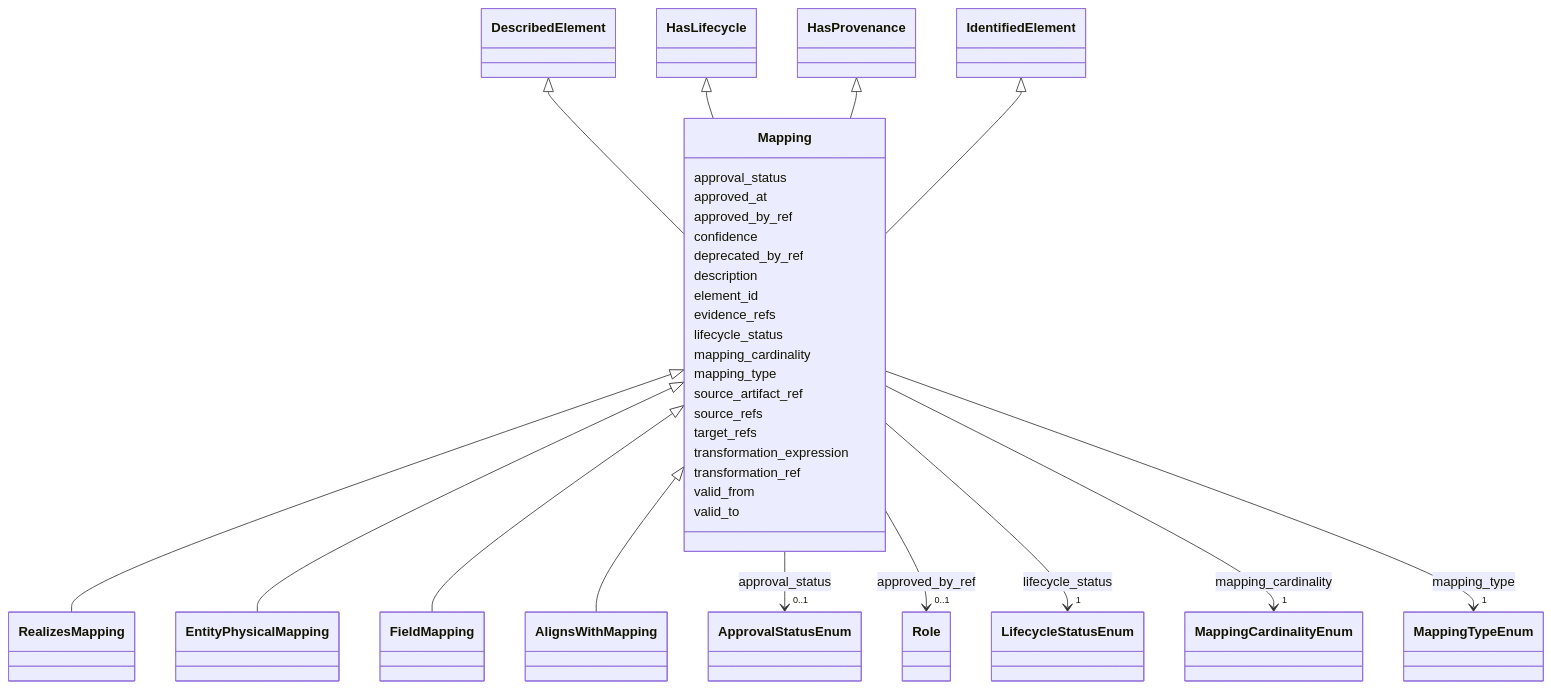
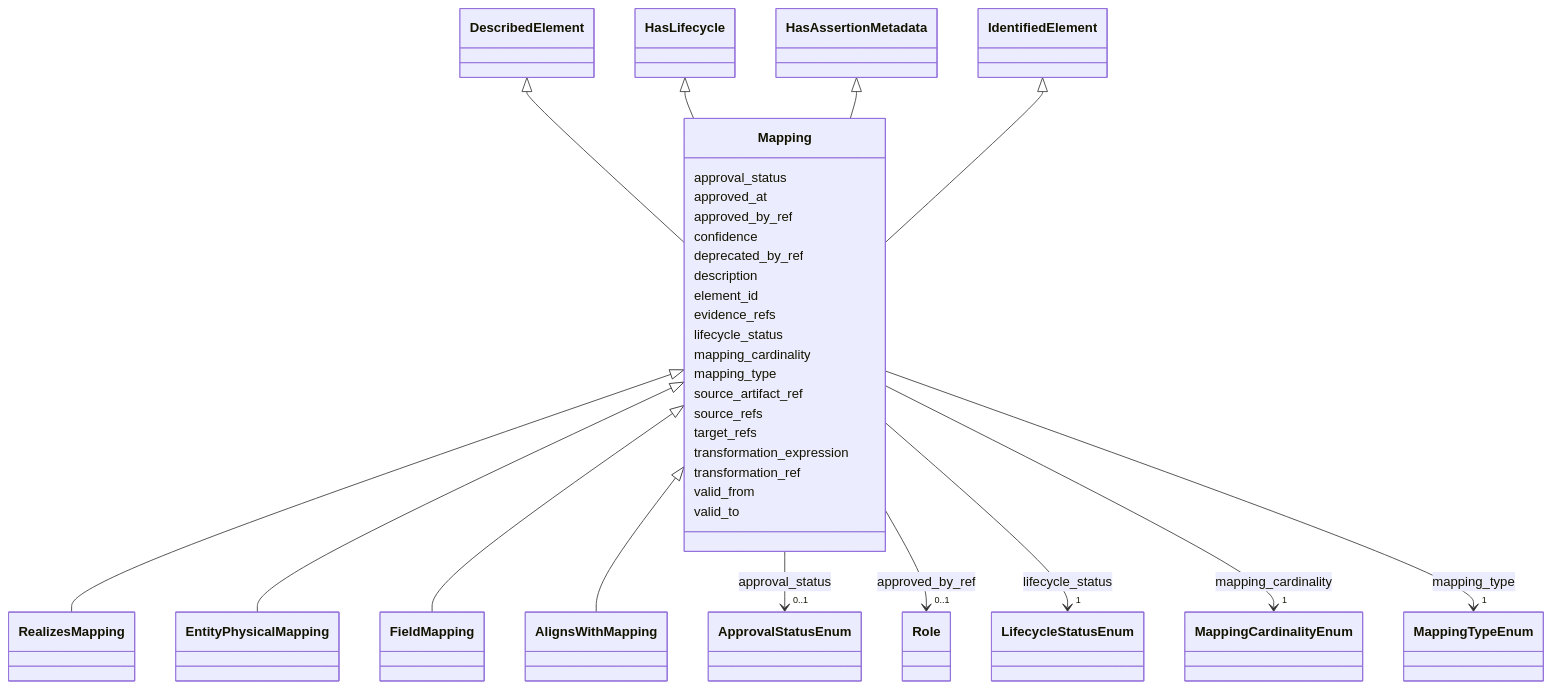
Before and after one commit to oista/moex-data-model: the diagram in generated/artifacts/moex-dams/0.1/diagrams/Mapping.md, drawn with Mermaid. The commit also changed 49 other files, not shown here.

First line of the commit message:
feat(schema): HasAssertionMetadata mixin and INV-057 (ADR-053, 5.1.0)

```diff
--- a/generated/artifacts/moex-dams/0.1/diagrams/Mapping.md
+++ b/generated/artifacts/moex-dams/0.1/diagrams/Mapping.md
@@ -9,8 +9,8 @@
         click DescribedElement href "../DescribedElement"
       HasLifecycle <|-- Mapping
         click HasLifecycle href "../HasLifecycle"
-      HasProvenance <|-- Mapping
-        click HasProvenance href "../HasProvenance"
+      HasAssertionMetadata <|-- Mapping
+        click HasAssertionMetadata href "../HasAssertionMetadata"
       IdentifiedElement <|-- Mapping
         click IdentifiedElement href "../IdentifiedElement"
       
```
